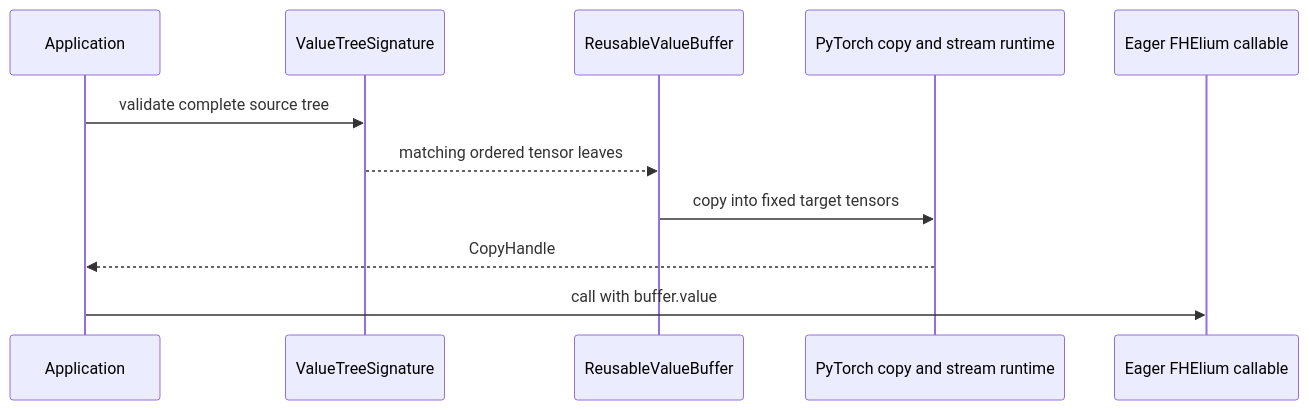
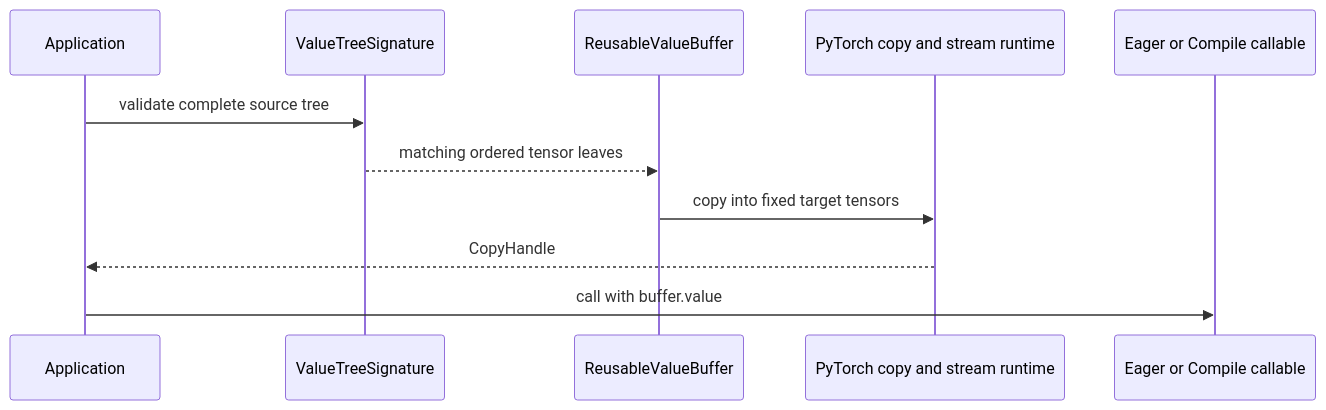
Before and after one commit to visualDust/fhelium: the third of 6 diagrams in docs/developer/execution-buffers-and-cuda-graphs.md, drawn with Mermaid. The commit also changed other lines of this file and 426 other files, not shown here.

````diff
--- a/docs/developer/execution-buffers-and-cuda-graphs.md
+++ b/docs/developer/execution-buffers-and-cuda-graphs.md
@@ -79,14 +61,14 @@
 ```mermaid
 sequenceDiagram
     participant App as Application
     participant Sig as ValueTreeSignature
     participant Buf as ReusableValueBuffer
     participant Torch as PyTorch copy and stream runtime
-    participant Eval as Eager FHElium callable
+    participant Eval as Eager or Compile callable
 
     App->>Sig: validate complete source tree
     Sig-->>Buf: matching ordered tensor leaves
     Buf->>Torch: copy into fixed target tensors
     Torch-->>App: CopyHandle
     App->>Eval: call with buffer.value
 ```
````
